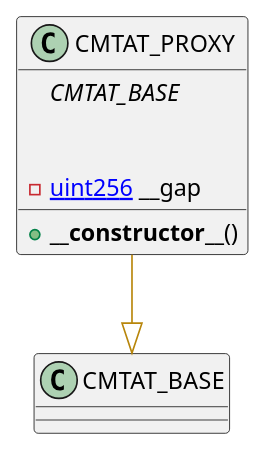
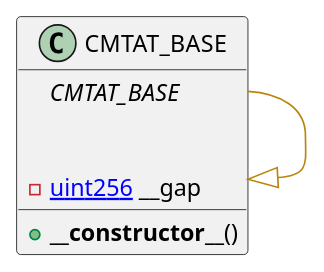
One commit to CMTA/CMTAT changed the diagram in doc/general/schema/PlantUML/CMTAT_PROXY_plantUML.wsd. Above: the diagram before and after it, drawn with PlantUML. The commit also changed 15 other files, not shown here.

First line of the commit message:
Remove CMTAT_PROXY (#6)

```diff
--- a/doc/general/schema/PlantUML/CMTAT_PROXY_plantUML.wsd
+++ b/doc/general/schema/PlantUML/CMTAT_PROXY_plantUML.wsd
@@ -1,28 +1,28 @@
 @startuml
 ' -- generated by: https://marketplace.visualstudio.com/items?itemName=tintinweb.solidity-visual-auditor
 '
 ' -- for auto-render install: https://marketplace.visualstudio.com/items?itemName=jebbs.plantuml
 ' -- options --
 
 
 
 ' -- classes --
 
 
-class CMTAT_PROXY {
+class CMTAT_BASE {
     ' -- inheritance --
 	{abstract}CMTAT_BASE
 
     ' -- usingFor --
 
     ' -- vars --
 	-[[uint256]] __gap
 
     ' -- methods --
 	+**__constructor__**()
 
 }
 ' -- inheritance / usingFor --
-CMTAT_PROXY --[#DarkGoldenRod]|> CMTAT_BASE
+CMTAT_BASE --[#DarkGoldenRod]|> CMTAT_BASE
 
 @enduml
```
